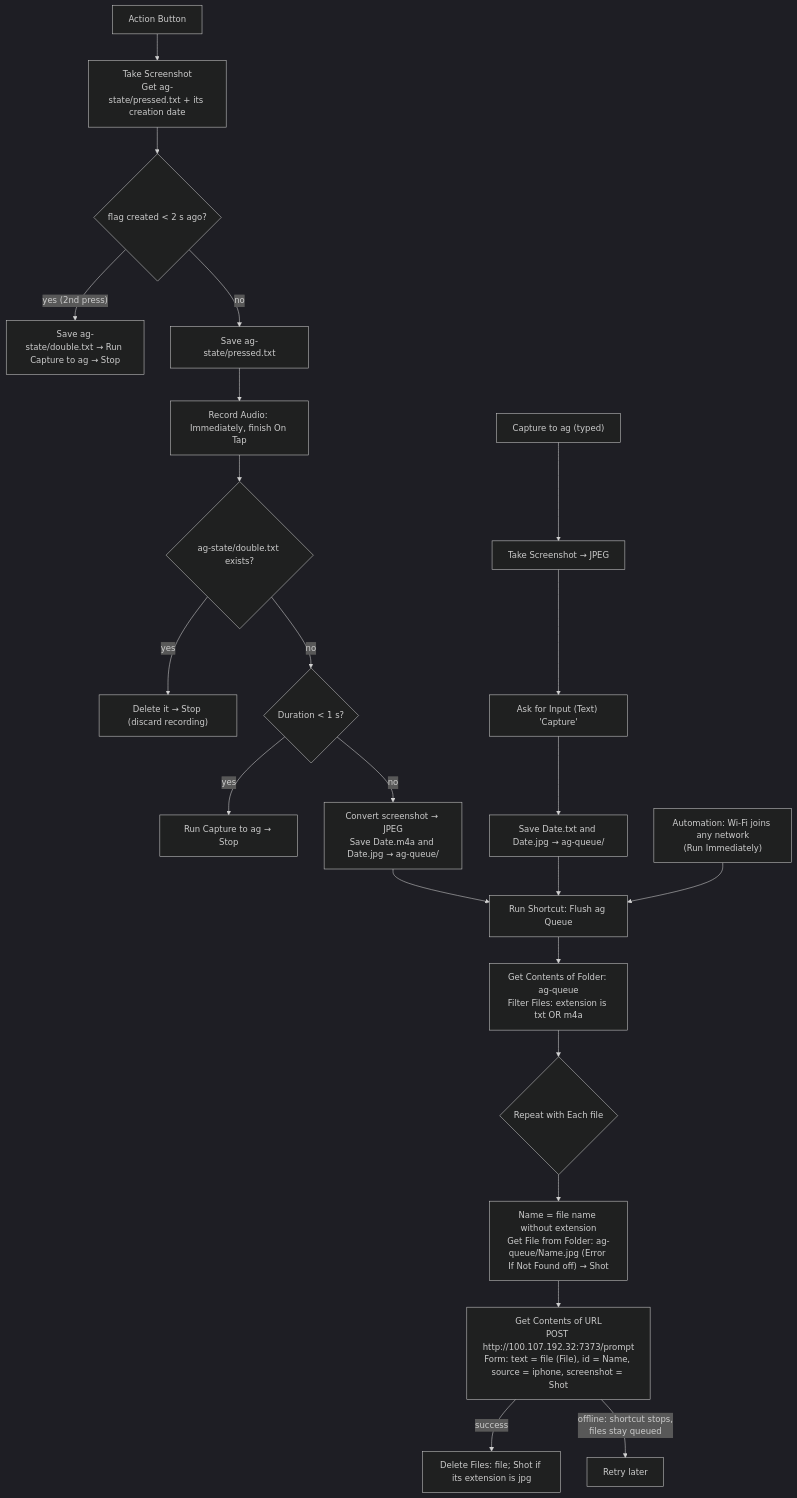
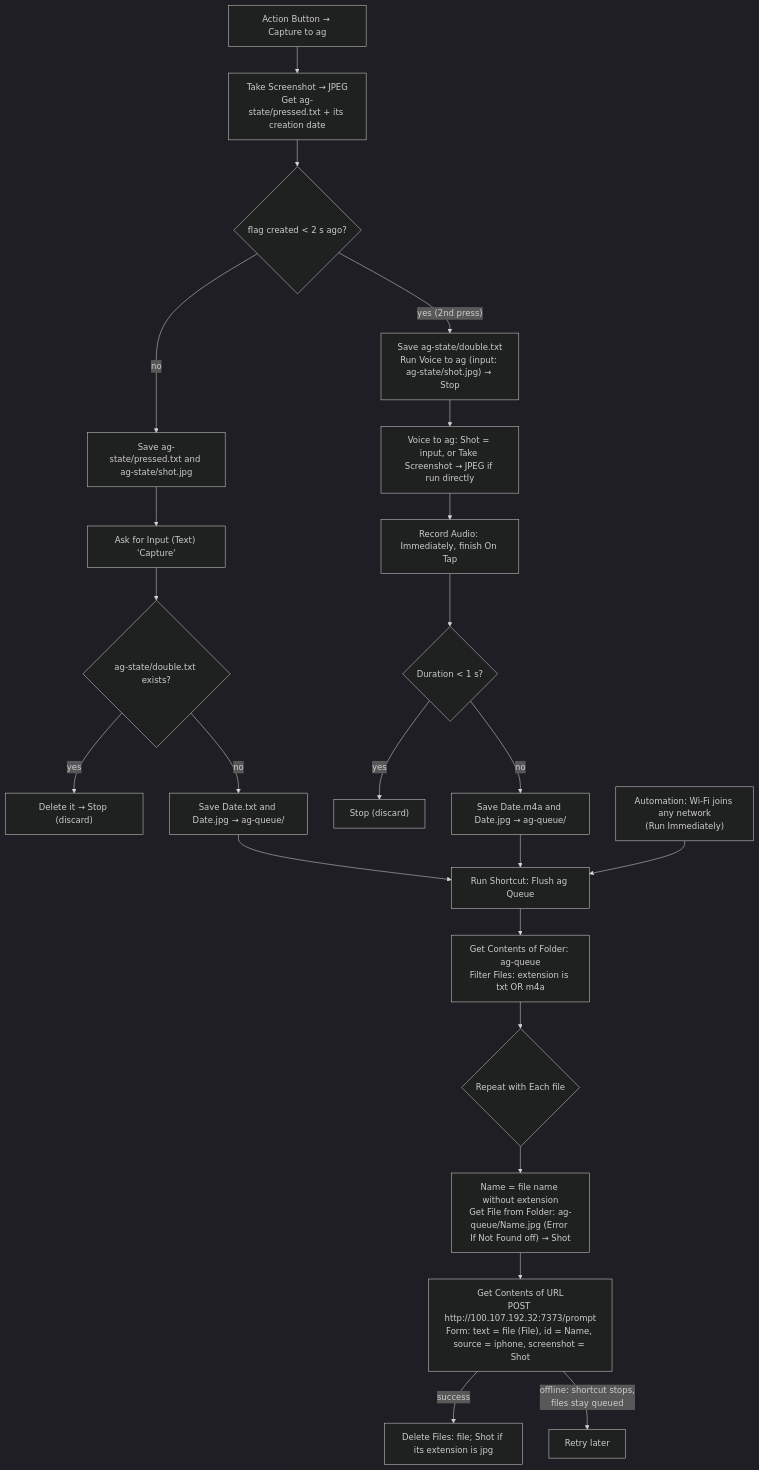
Before and after one commit to koerschner/ag: the diagram in ios-shortcuts/capture-to-ag.md, drawn with Mermaid (dark theme). The commit also changed other lines of this file, not shown here.

````diff
--- a/ios-shortcuts/capture-to-ag.md
+++ b/ios-shortcuts/capture-to-ag.md
@@ -37,27 +35,27 @@
 ```mermaid
 flowchart TD
-    A[Action Button] --> V0["Take Screenshot<br/>Get ag-state/pressed.txt + its creation date"]
-    V0 --> V1{"flag created < 2 s ago?"}
-    V1 -- "yes (2nd press)" --> V2["Save ag-state/double.txt → Run Capture to ag → Stop"]
-    V1 -- no --> V3["Save ag-state/pressed.txt"]
-    V3 --> V4["Record Audio: Immediately, finish On Tap"]
-    V4 --> V5{"ag-state/double.txt exists?"}
-    V5 -- yes --> V6["Delete it → Stop (discard recording)"]
-    V5 -- no --> V7{"Duration < 1 s?"}
-    V7 -- yes --> V8["Run Capture to ag → Stop"]
-    V7 -- no --> V9["Convert screenshot → JPEG<br/>Save Date.m4a and Date.jpg → ag-queue/"]
+    A[Action Button → Capture to ag] --> C0["Take Screenshot → JPEG<br/>Get ag-state/pressed.txt + its creation date"]
+    C0 --> C1{"flag created < 2 s ago?"}
+    C1 -- "yes (2nd press)" --> C2["Save ag-state/double.txt<br/>Run Voice to ag (input: ag-state/shot.jpg) → Stop"]
+    C1 -- no --> C3["Save ag-state/pressed.txt and ag-state/shot.jpg"]
+    C3 --> B["Ask for Input (Text) 'Capture'"]
+    B --> C4{"ag-state/double.txt exists?"}
+    C4 -- yes --> C5["Delete it → Stop (discard)"]
+    C4 -- no --> D["Save Date.txt and Date.jpg → ag-queue/"]
+    D --> F["Run Shortcut: Flush ag Queue"]
+
+    C2 --> V0["Voice to ag: Shot = input, or Take Screenshot → JPEG if run directly"]
+    V0 --> V4["Record Audio: Immediately, finish On Tap"]
+    V4 --> V7{"Duration < 1 s?"}
+    V7 -- yes --> V8["Stop (discard)"]
+    V7 -- no --> V9["Save Date.m4a and Date.jpg → ag-queue/"]
     V9 --> F
-
-    T["Capture to ag (typed)"] --> S["Take Screenshot → JPEG"]
-    S --> B["Ask for Input (Text) 'Capture'"]
-    B --> D["Save Date.txt and Date.jpg → ag-queue/"]
-    D --> F["Run Shortcut: Flush ag Queue"]
 
     W["Automation: Wi-Fi joins any network<br/>(Run Immediately)"] --> F
     F --> G["Get Contents of Folder: ag-queue<br/>Filter Files: extension is txt OR m4a"]
     G --> H{"Repeat with Each file"}
     H --> N["Name = file name without extension<br/>Get File from Folder: ag-queue/Name.jpg (Error If Not Found off) → Shot"]
     N --> I["Get Contents of URL<br/>POST http://100.107.192.32:7373/prompt<br/>Form: text = file (File), id = Name, source = iphone, screenshot = Shot"]
     I -- "success" --> J["Delete Files: file; Shot if its extension is jpg"]
     I -- "offline: shortcut stops,<br/>files stay queued" --> K[Retry later]
 ```
````
